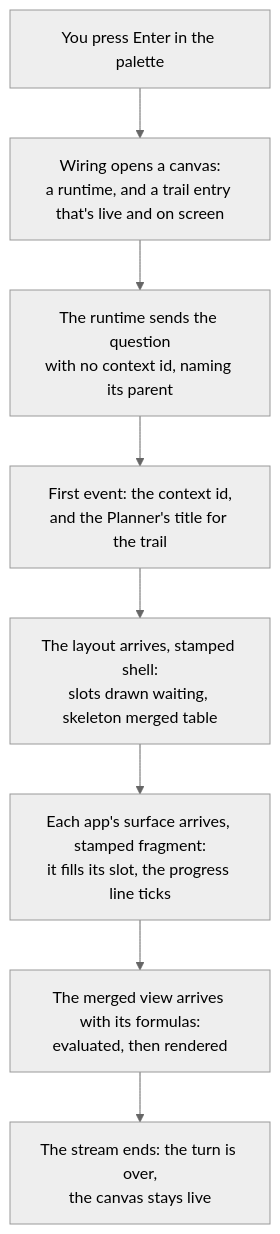
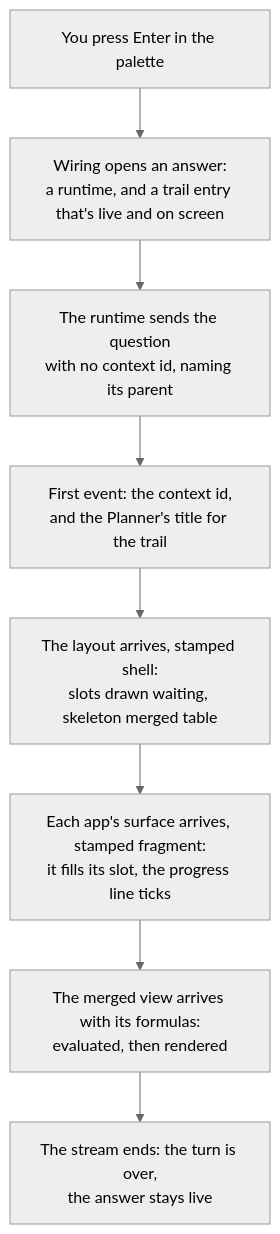
The first of 4 diagrams in docs/design/client.md (retz8/a2uiverse), drawn with Mermaid (neutral theme) before and after one commit. The commit also changed other lines of this file and 9 other files, not shown here.

Commit message:
docs(phase-9): 9.11 — the canvas is the client's name, never one question's screen: that is an answer, a past answer, a trail of answers, a runtime per answer, across the design records and the READMEs; the design records' headings carry no leading 'The', and CLAUDE.md's design-record rule says so

````diff
--- a/docs/design/client.md
+++ b/docs/design/client.md
@@ -87,10 +87,10 @@
 ```mermaid
 flowchart TD
-    A["You press Enter in the palette"] --> B["Wiring opens a canvas:<br/>a runtime, and a trail entry that's live and on screen"]
+    A["You press Enter in the palette"] --> B["Wiring opens an answer:<br/>a runtime, and a trail entry that's live and on screen"]
     B --> C["The runtime sends the question<br/>with no context id, naming its parent"]
     C --> D["First event: the context id,<br/>and the Planner's title for the trail"]
     D --> E["The layout arrives, stamped shell:<br/>slots drawn waiting, skeleton merged table"]
     E --> F["Each app's surface arrives, stamped fragment:<br/>it fills its slot, the progress line ticks"]
     F --> G["The merged view arrives with its formulas:<br/>evaluated, then rendered"]
-    G --> H["The stream ends: the turn is over,<br/>the canvas stays live"]
+    G --> H["The stream ends: the turn is over,<br/>the answer stays live"]
 ```
````
